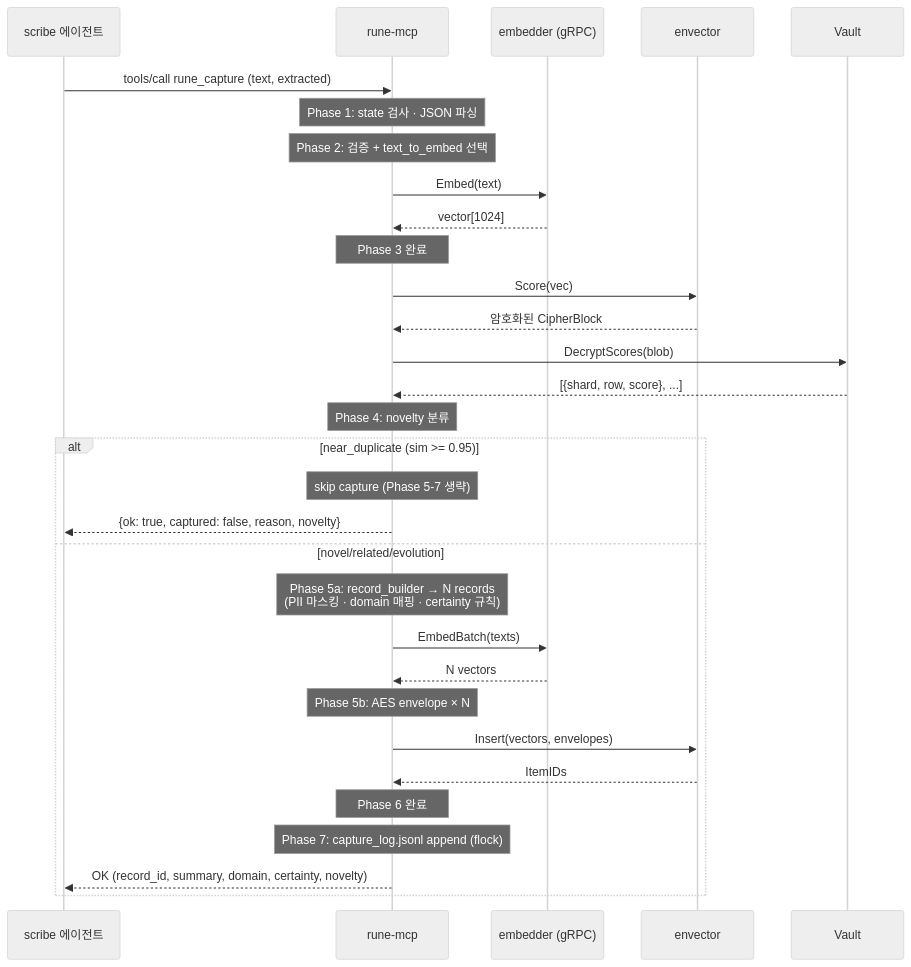
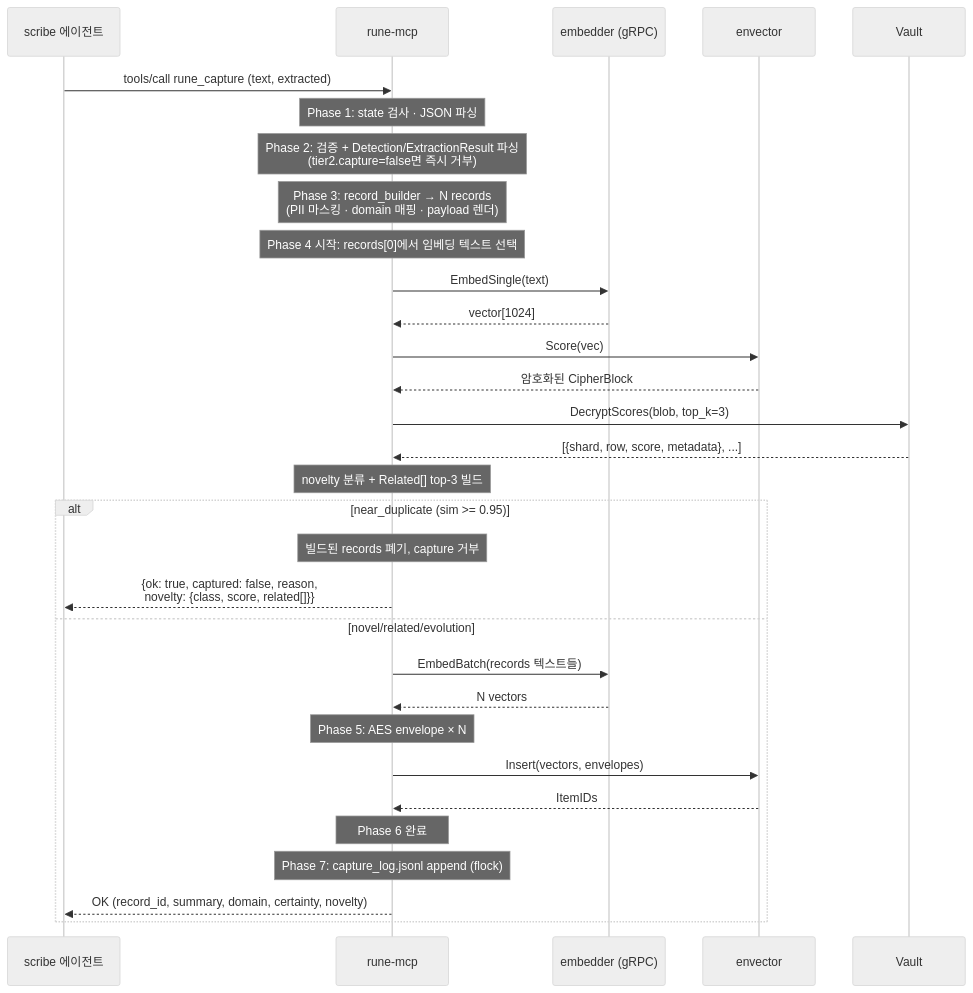
The diagram in docs/v04/spec/flows/capture.md (CryptoLabInc/rune), drawn with Mermaid (neutral theme) before and after one commit. The commit also changed other lines of this file and 6 other files, not shown here.

````diff
--- a/docs/v04/spec/flows/capture.md
+++ b/docs/v04/spec/flows/capture.md
@@ -28,40 +29,38 @@
 ```mermaid
 sequenceDiagram
     participant Agent as scribe 에이전트
     participant MCP as rune-mcp
     participant Embedder as embedder (gRPC)
     participant Envector as envector
     participant Vault as Vault
 
     Agent->>MCP: tools/call rune_capture (text, extracted)
     Note over MCP: Phase 1: state 검사 · JSON 파싱
-    Note over MCP: Phase 2: 검증 + text_to_embed 선택
+    Note over MCP: Phase 2: 검증 + Detection/ExtractionResult 파싱<br/>(tier2.capture=false면 즉시 거부)
+    Note over MCP: Phase 3: record_builder → N records<br/>(PII 마스킹 · domain 매핑 · payload 렌더)
 
-    MCP->>Embedder: Embed(text)
+    Note over MCP: Phase 4 시작: records[0]에서 임베딩 텍스트 선택
+    MCP->>Embedder: EmbedSingle(text)
     Embedder-->>MCP: vector[1024]
-    Note over MCP: Phase 3 완료
-
     MCP->>Envector: Score(vec)
     Envector-->>MCP: 암호화된 CipherBlock
-    MCP->>Vault: DecryptScores(blob)
-    Vault-->>MCP: [{shard, row, score}, ...]
-    Note over MCP: Phase 4: novelty 분류
+    MCP->>Vault: DecryptScores(blob, top_k=3)
+    Vault-->>MCP: [{shard, row, score, metadata}, ...]
+    Note over MCP: novelty 분류 + Related[] top-3 빌드
 
     alt near_duplicate (sim >= 0.95)
-        Note over MCP: skip capture (Phase 5-7 생략)
-        MCP-->>Agent: {ok: true, captured: false, reason, novelty}
+        Note over MCP: 빌드된 records 폐기, capture 거부
+        MCP-->>Agent: {ok: true, captured: false, reason,<br/>novelty: {class, score, related[]}}
     else novel/related/evolution
-        Note over MCP: Phase 5a: record_builder → N records<br/>(PII 마스킹 · domain 매핑 · certainty 규칙)
+        MCP->>Embedder: EmbedBatch(records 텍스트들)
+        Embedder-->>MCP: N vectors
+        Note over MCP: Phase 5: AES envelope × N
 
-        MCP->>Embedder: EmbedBatch(texts)
-        Embedder-->>MCP: N vectors
-
-        Note over MCP: Phase 5b: AES envelope × N
         MCP->>Envector: Insert(vectors, envelopes)
         Envector-->>MCP: ItemIDs
         Note over MCP: Phase 6 완료
 
         Note over MCP: Phase 7: capture_log.jsonl append (flock)
         MCP-->>Agent: OK (record_id, summary, domain, certainty, novelty)
     end
 ```
````
